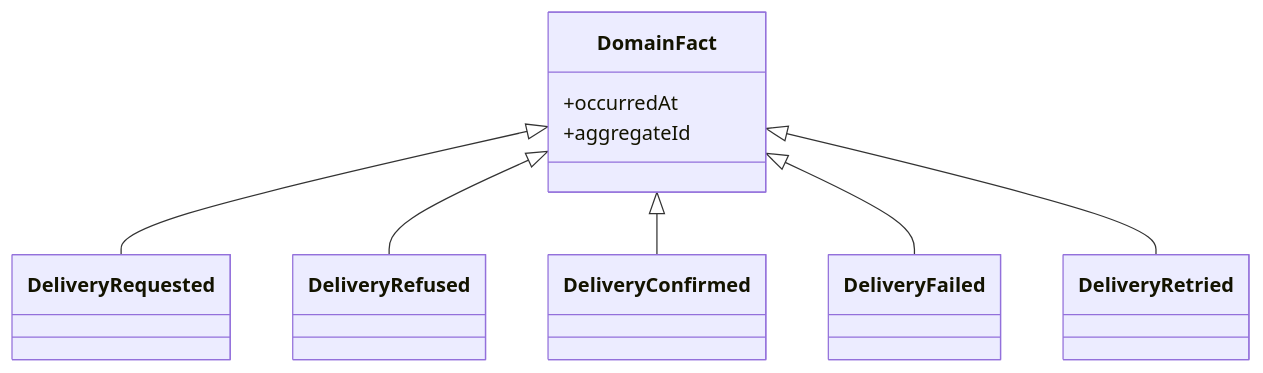
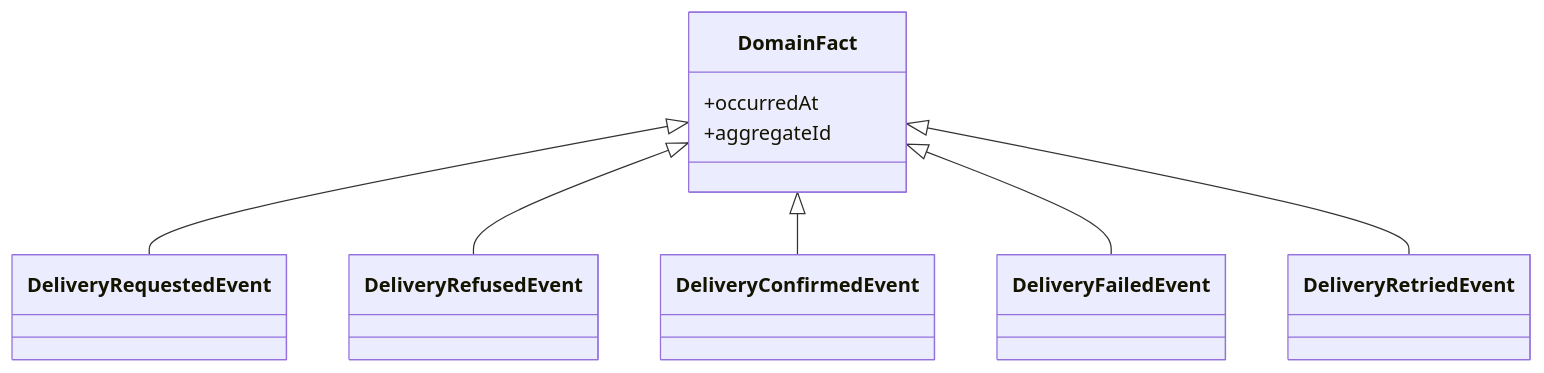
Before and after one commit to Morocoders-Arq-9056/votochain-api-backend: the third of 3 diagrams in docs/Bounded Contexts/notifications/domain-model.md, drawn with Mermaid. The commit also changed other lines of this file and 20 other files, not shown here.

````diff
--- a/docs/Bounded Contexts/notifications/domain-model.md
+++ b/docs/Bounded Contexts/notifications/domain-model.md
@@ -213,12 +213,12 @@
 ```mermaid
 classDiagram
     class DomainFact {
         +occurredAt
         +aggregateId
     }
-    DomainFact <|-- DeliveryRequested
-    DomainFact <|-- DeliveryRefused
-    DomainFact <|-- DeliveryConfirmed
-    DomainFact <|-- DeliveryFailed
-    DomainFact <|-- DeliveryRetried
+    DomainFact <|-- DeliveryRequestedEvent
+    DomainFact <|-- DeliveryRefusedEvent
+    DomainFact <|-- DeliveryConfirmedEvent
+    DomainFact <|-- DeliveryFailedEvent
+    DomainFact <|-- DeliveryRetriedEvent
 ```
````
